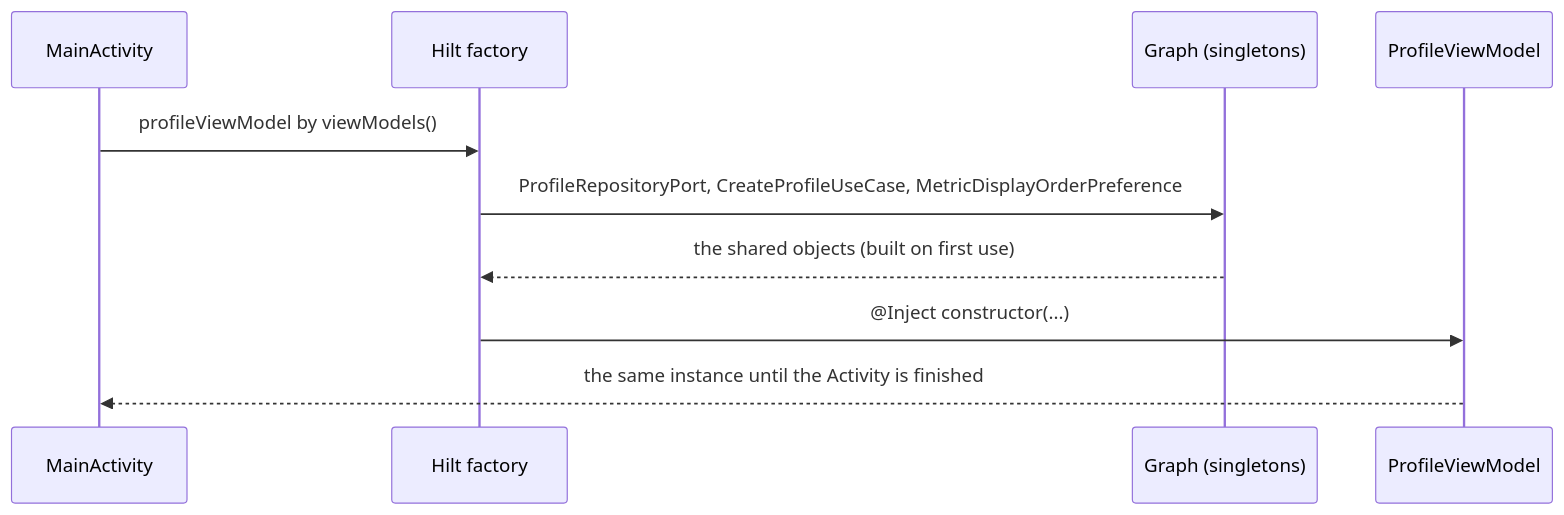
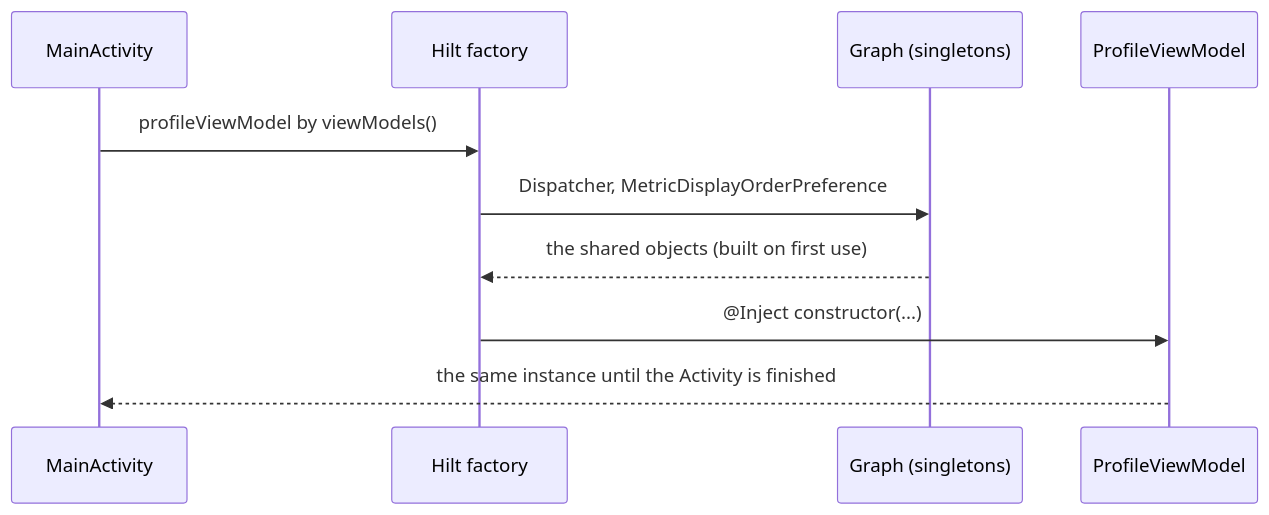
The fourth of 5 diagrams in docs/dev/dependency-injection.md (mannetje/health_journal), drawn with Mermaid before and after one commit. The commit also changed other lines of this file and 214 other files, not shown here.

````diff
--- a/docs/dev/dependency-injection.md
+++ b/docs/dev/dependency-injection.md
@@ -96,12 +98,12 @@
 ```mermaid
 sequenceDiagram
     participant A as MainActivity
     participant H as Hilt factory
     participant G as Graph (singletons)
     participant V as ProfileViewModel
     A->>H: profileViewModel by viewModels()
-    H->>G: ProfileRepositoryPort, CreateProfileUseCase, MetricDisplayOrderPreference
+    H->>G: Dispatcher, MetricDisplayOrderPreference
     G-->>H: the shared objects (built on first use)
     H->>V: @Inject constructor(...)
     V-->>A: the same instance until the Activity is finished
 ```
````
